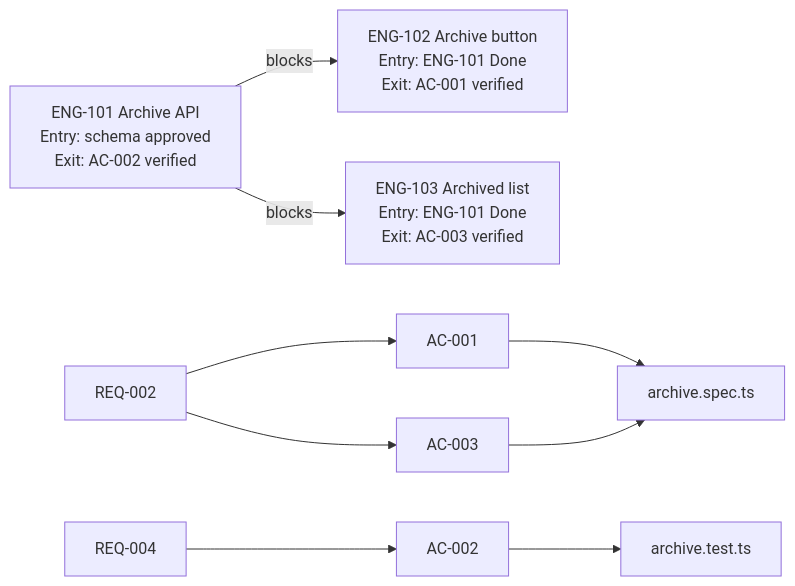
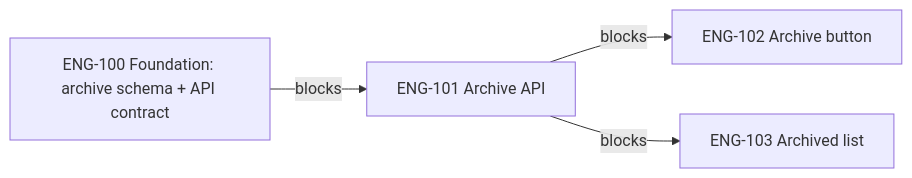
Before and after one commit to FantasticDevHQ/t3-linear-fleet: the diagram in skills/issue-breakdown/references/traceability.md, drawn with Mermaid. The commit also changed other lines of this file and 7 other files, not shown here.

````diff
--- a/skills/issue-breakdown/references/traceability.md
+++ b/skills/issue-breakdown/references/traceability.md
@@ -43,11 +47,10 @@
 ```mermaid
 flowchart LR
-  E101["ENG-101 Archive API<br/>Entry: schema approved<br/>Exit: AC-002 verified"]
-  E102["ENG-102 Archive button<br/>Entry: ENG-101 Done<br/>Exit: AC-001 verified"]
-  E103["ENG-103 Archived list<br/>Entry: ENG-101 Done<br/>Exit: AC-003 verified"]
+  E100["ENG-100 Foundation: archive schema + API contract"]
+  E101["ENG-101 Archive API"]
+  E102["ENG-102 Archive button"]
+  E103["ENG-103 Archived list"]
+  E100 -- blocks --> E101
   E101 -- blocks --> E102
   E101 -- blocks --> E103
-  R2["REQ-002"] --> A1["AC-001"] --> T1["archive.spec.ts"]
-  R2 --> A3["AC-003"] --> T1
-  R4["REQ-004"] --> A2["AC-002"] --> T2["archive.test.ts"]
 ```
````
